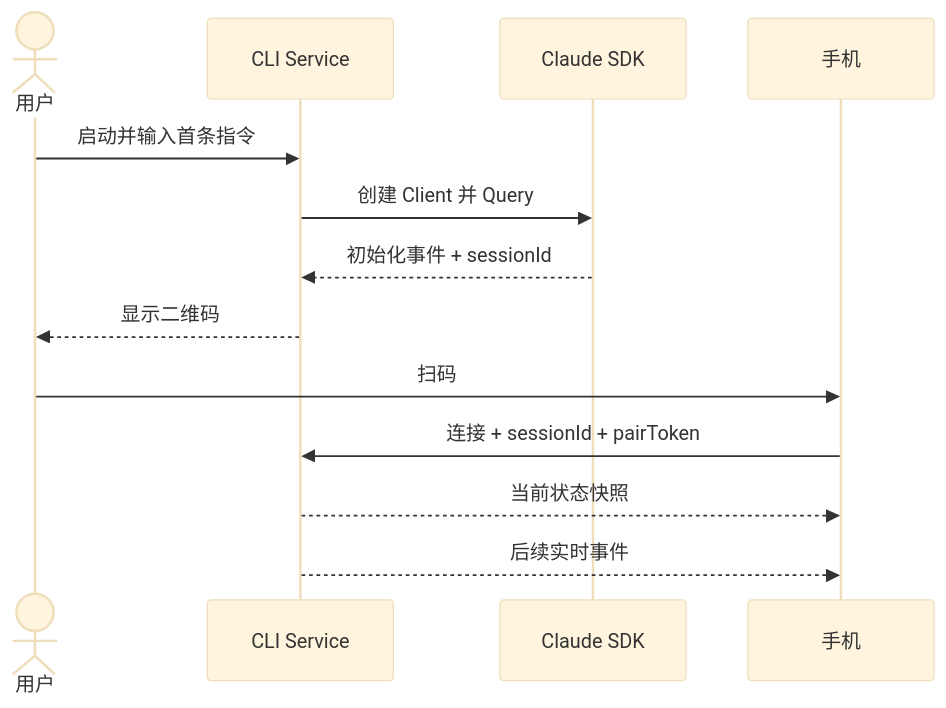
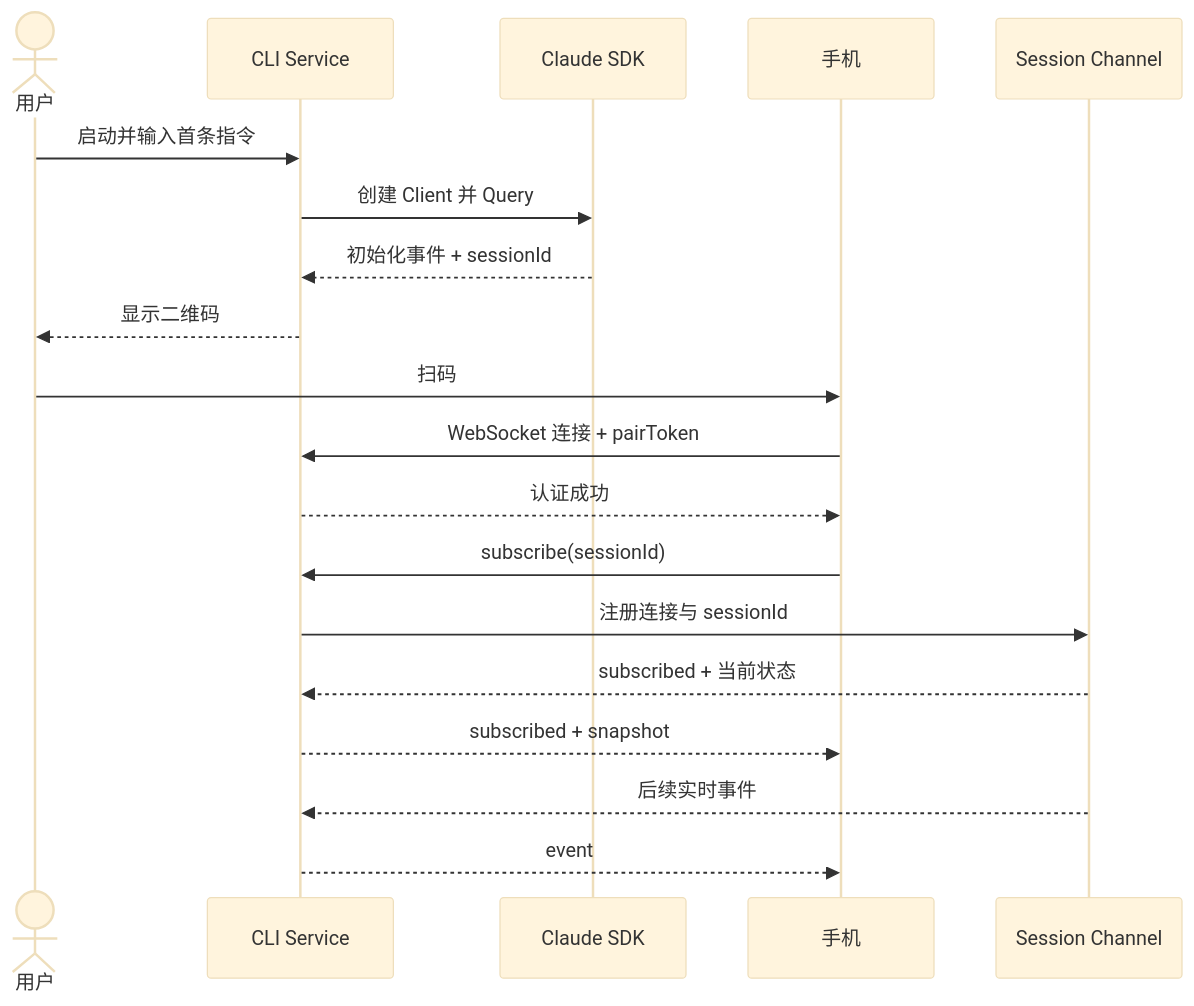
One commit to tea4go/claude-mobile-remote changed the second of 3 diagrams in docs/specs/2026-08-21-claude-mobile-remote-design.md. Above: the diagram before and after it, drawn with Mermaid (base theme). The commit also changed other lines of this file and 5 other files, not shown here.

````diff
--- a/docs/specs/2026-08-21-claude-mobile-remote-design.md
+++ b/docs/specs/2026-08-21-claude-mobile-remote-design.md
@@ -57,16 +67,22 @@
 ```mermaid
 sequenceDiagram
     actor U as 用户
     participant S as CLI Service
     participant SDK as Claude SDK
     participant M as 手机
+    participant CH as Session Channel
 
     U->>S: 启动并输入首条指令
     S->>SDK: 创建 Client 并 Query
     SDK-->>S: 初始化事件 + sessionId
     S-->>U: 显示二维码
     U->>M: 扫码
-    M->>S: 连接 + sessionId + pairToken
-    S-->>M: 当前状态快照
-    S-->>M: 后续实时事件
+    M->>S: WebSocket 连接 + pairToken
+    S-->>M: 认证成功
+    M->>S: subscribe(sessionId)
+    S->>CH: 注册连接与 sessionId
+    CH-->>S: subscribed + 当前状态
+    S-->>M: subscribed + snapshot
+    CH-->>S: 后续实时事件
+    S-->>M: event
 ```
````
